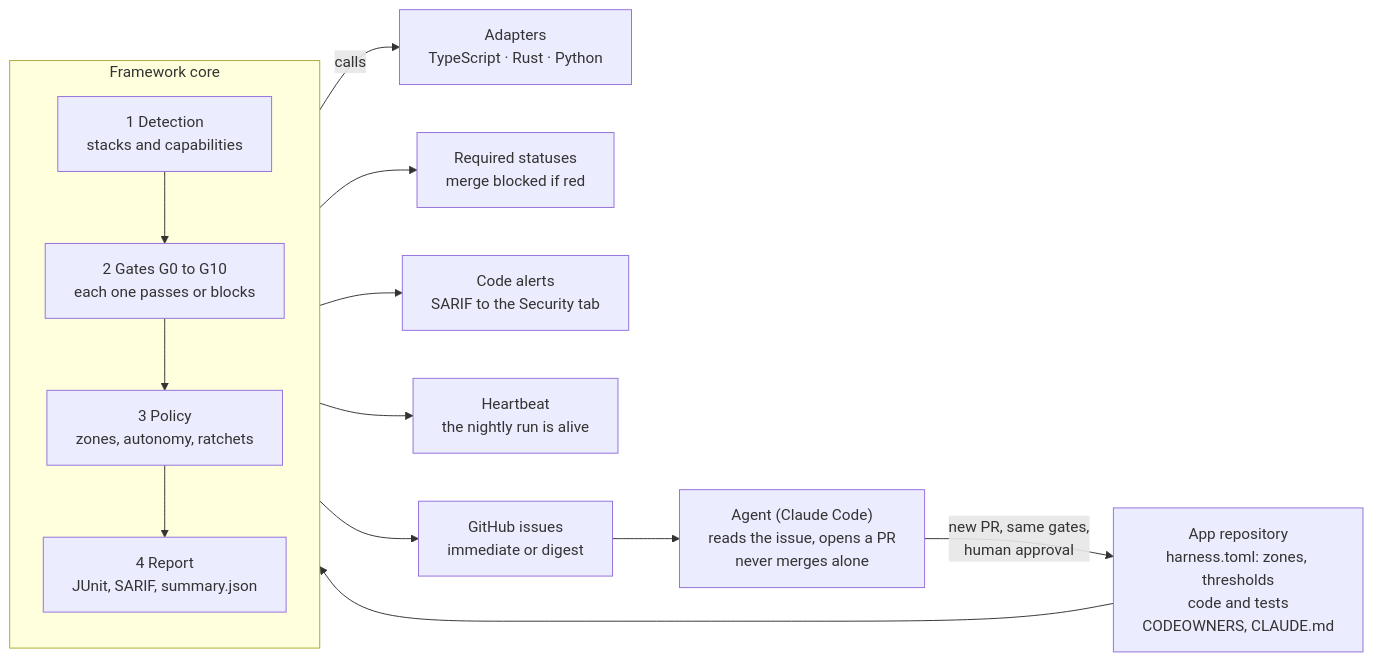
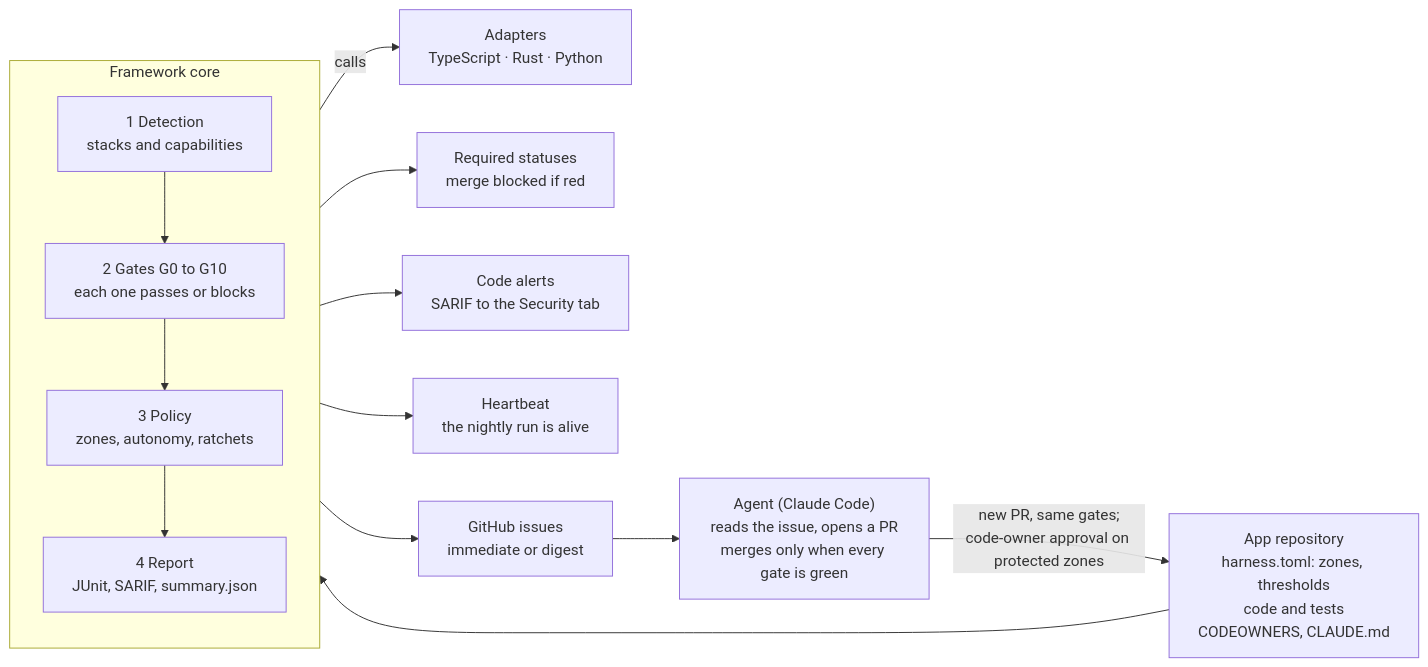
One commit to beskar-ci/forge changed the diagram in README.md. Above: the diagram before and after it, drawn with Mermaid. The commit also changed other lines of this file, not shown here.

Commit message:
README: merge policy matches the split (gates prove, code owners guard what judges)

````diff
--- a/README.md
+++ b/README.md
@@ -104,19 +104,19 @@
 ```mermaid
 flowchart LR
   repo["App repository<br/>harness.toml: zones, thresholds<br/>code and tests<br/>CODEOWNERS, CLAUDE.md"]
   subgraph core["Framework core"]
     direction TB
     d["1 Detection<br/>stacks and capabilities"] --> g["2 Gates G0 to G10<br/>each one passes or blocks"]
     g --> p["3 Policy<br/>zones, autonomy, ratchets"]
     p --> r["4 Report<br/>JUnit, SARIF, summary.json"]
   end
   ad["Adapters<br/>TypeScript · Rust · Python"]
   repo --> core
   core -- calls --> ad
   r --> s["Required statuses<br/>merge blocked if red"]
   r --> sa["Code alerts<br/>SARIF to the Security tab"]
   r --> h["Heartbeat<br/>the nightly run is alive"]
   r --> i["GitHub issues<br/>immediate or digest"]
-  i --> ag["Agent (Claude Code)<br/>reads the issue, opens a PR<br/>never merges alone"]
-  ag -- "new PR, same gates,<br/>human approval" --> repo
+  i --> ag["Agent (Claude Code)<br/>reads the issue, opens a PR<br/>merges only when every gate is green"]
+  ag -- "new PR, same gates;<br/>code-owner approval on protected zones" --> repo
 ```
````
